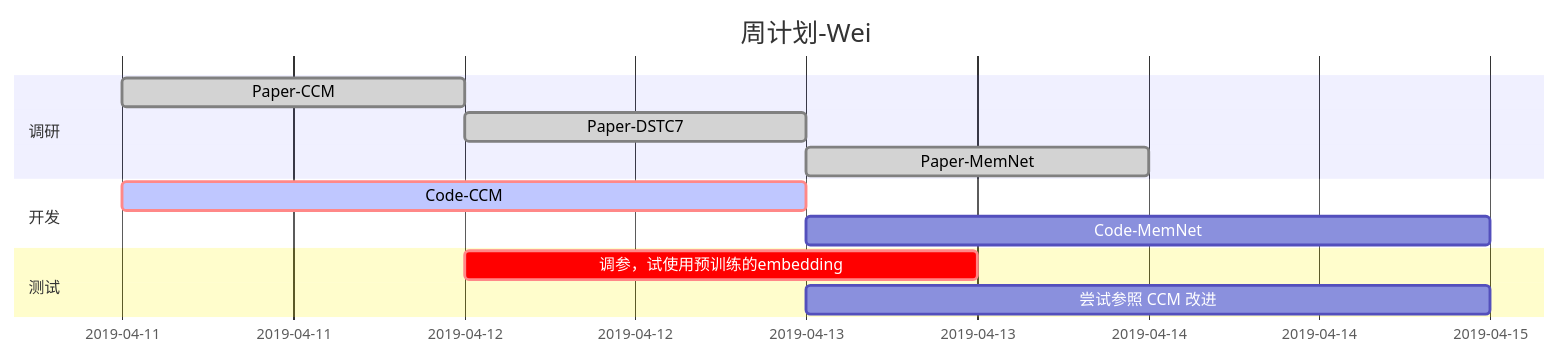
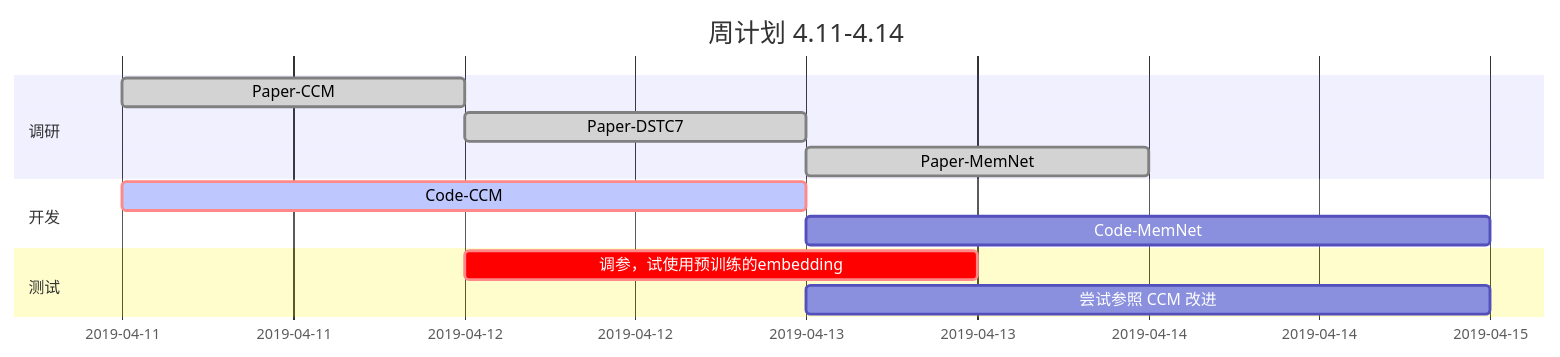
The first of 4 diagrams in Planner.md (little-women/reading-list), drawn with Mermaid before and after one commit. The commit also changed other lines of this file and 1 other file, not shown here.

````diff
--- a/Planner.md
+++ b/Planner.md
@@ -1,18 +1,18 @@
 ```mermaid
         gantt
         dateFormat  YYYY-MM-DD
-        title 周计划-Wei
+        title 周计划 4.11-4.14
 
         section 调研
         Paper-CCM                      :done, paper1, 2019-04-11,1d
         Paper-DSTC7                    :done, paper2, after paper1, 1d
         Paper-MemNet                   :done, paper3, after paper2, 1d
         
         section 开发
         Code-CCM                      :crit, active, 2019-04-11,2d
         Code-MemNet                   :after paper2, 2d
     
         section 测试
         调参，试使用预训练的embedding       :crit, after paper1, 36h
         尝试参照 CCM 改进                   :after paper2, 2d
 ```
````
